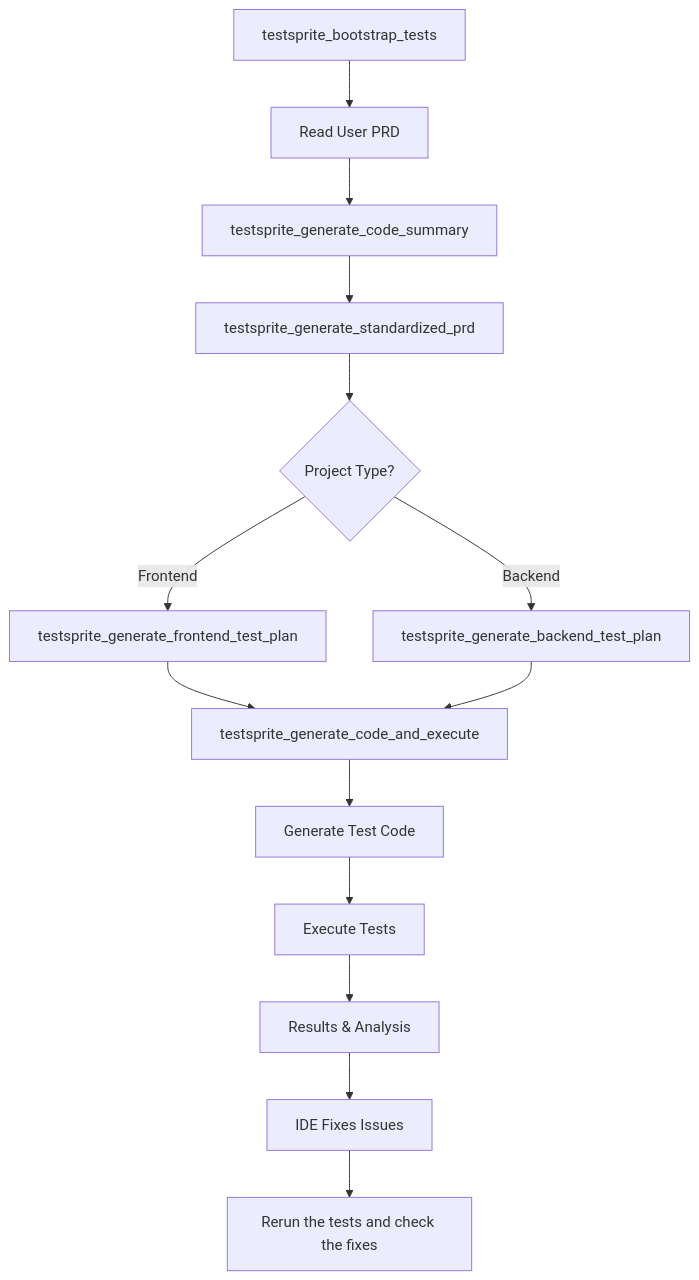
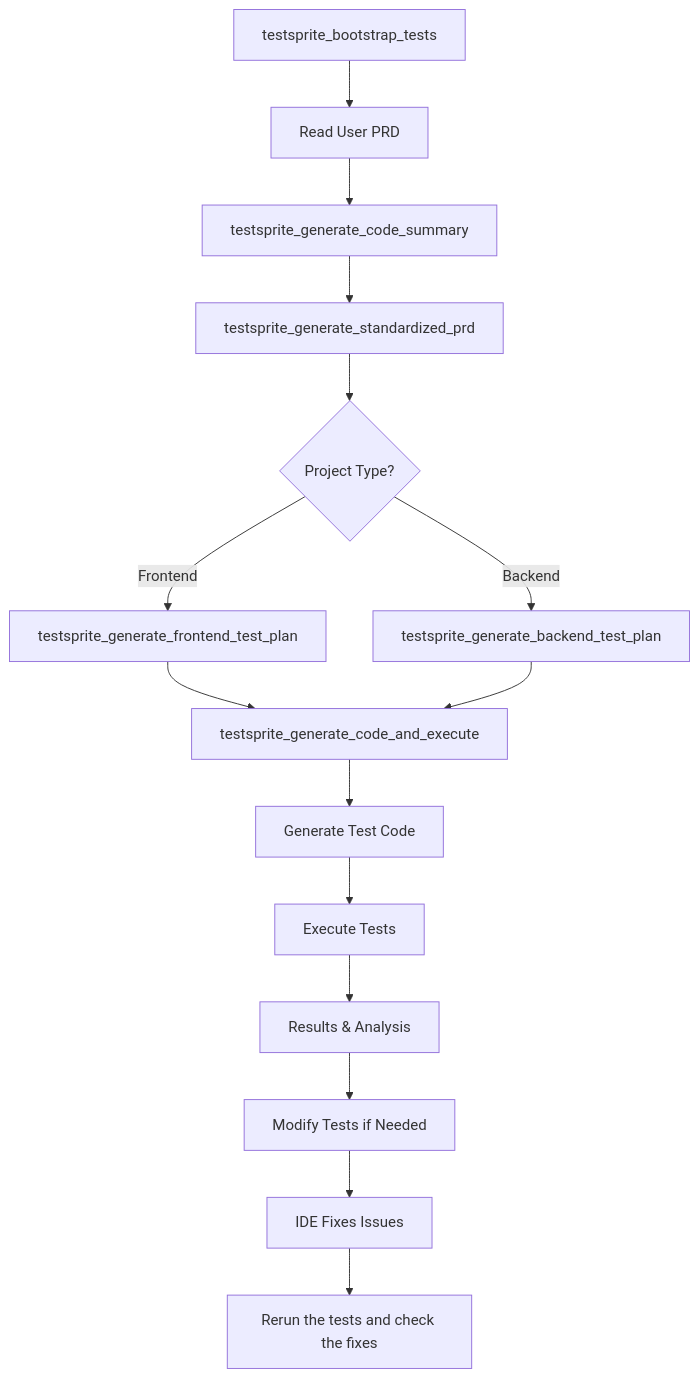
The diagram in mcp/core/tools.mdx (TestSprite/Docs), drawn with Mermaid before and after one commit. The commit also changed other lines of this file and 60 other files, not shown here.

````diff
--- a/mcp/core/tools.mdx
+++ b/mcp/core/tools.mdx
@@ -232,16 +255,17 @@
 ```mermaid
 graph TD
     A[testsprite_bootstrap_tests] --> B[Read User PRD]
     B --> C[testsprite_generate_code_summary]
     C --> D[testsprite_generate_standardized_prd]
     D --> E{Project Type?}
     E -->|Frontend| F[testsprite_generate_frontend_test_plan]
     E -->|Backend| G[testsprite_generate_backend_test_plan]
     F --> H[testsprite_generate_code_and_execute]
     G --> H
     H --> I[Generate Test Code]
     I --> J[Execute Tests]
     J --> K[Results & Analysis]
-    K --> L[IDE Fixes Issues]
-    L --> M[Rerun the tests and check the fixes]
+    K --> L[Modify Tests if Needed]
+    L --> M[IDE Fixes Issues]
+    M --> N[Rerun the tests and check the fixes]
 ```
````
